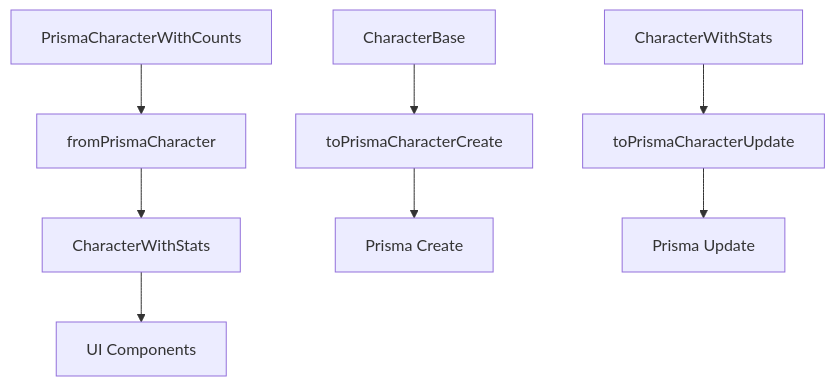
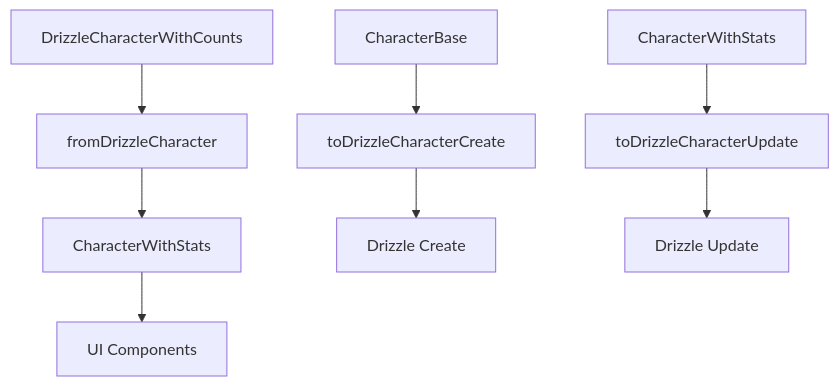
One commit to gvastethecreator/media-manager changed the diagram in src/transformers/character/README.md. Above: the diagram before and after it, drawn with Mermaid. The commit also changed other lines of this file and 37 other files, not shown here.

````diff
--- a/src/transformers/character/README.md
+++ b/src/transformers/character/README.md
@@ -7,12 +7,12 @@
 ```mermaid
 graph TD
-    A[PrismaCharacterWithCounts] --> B[fromPrismaCharacter]
+    A[DrizzleCharacterWithCounts] --> B[fromDrizzleCharacter]
     B --> C[CharacterWithStats]
     C --> D[UI Components]
 
-    E[CharacterBase] --> F[toPrismaCharacterCreate]
-    F --> G[Prisma Create]
+    E[CharacterBase] --> F[toDrizzleCharacterCreate]
+    F --> G[Drizzle Create]
 
-    H[CharacterWithStats] --> I[toPrismaCharacterUpdate]
-    I --> J[Prisma Update]
+    H[CharacterWithStats] --> I[toDrizzleCharacterUpdate]
+    I --> J[Drizzle Update]
 ```
````
